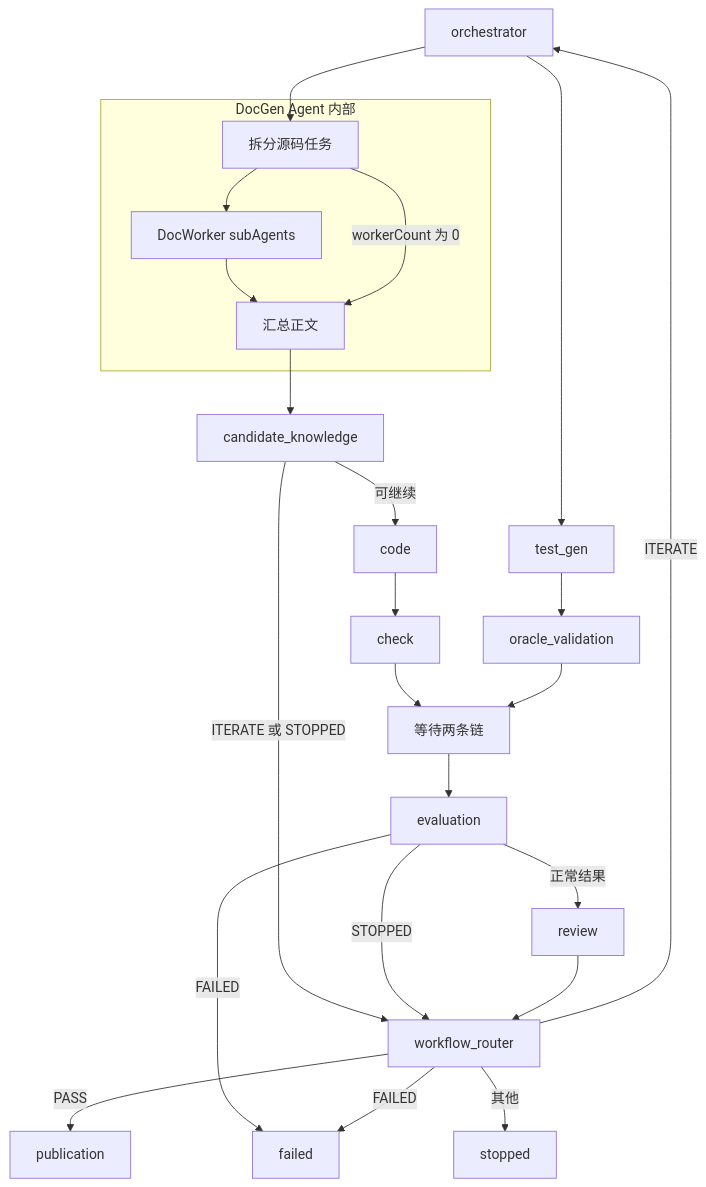
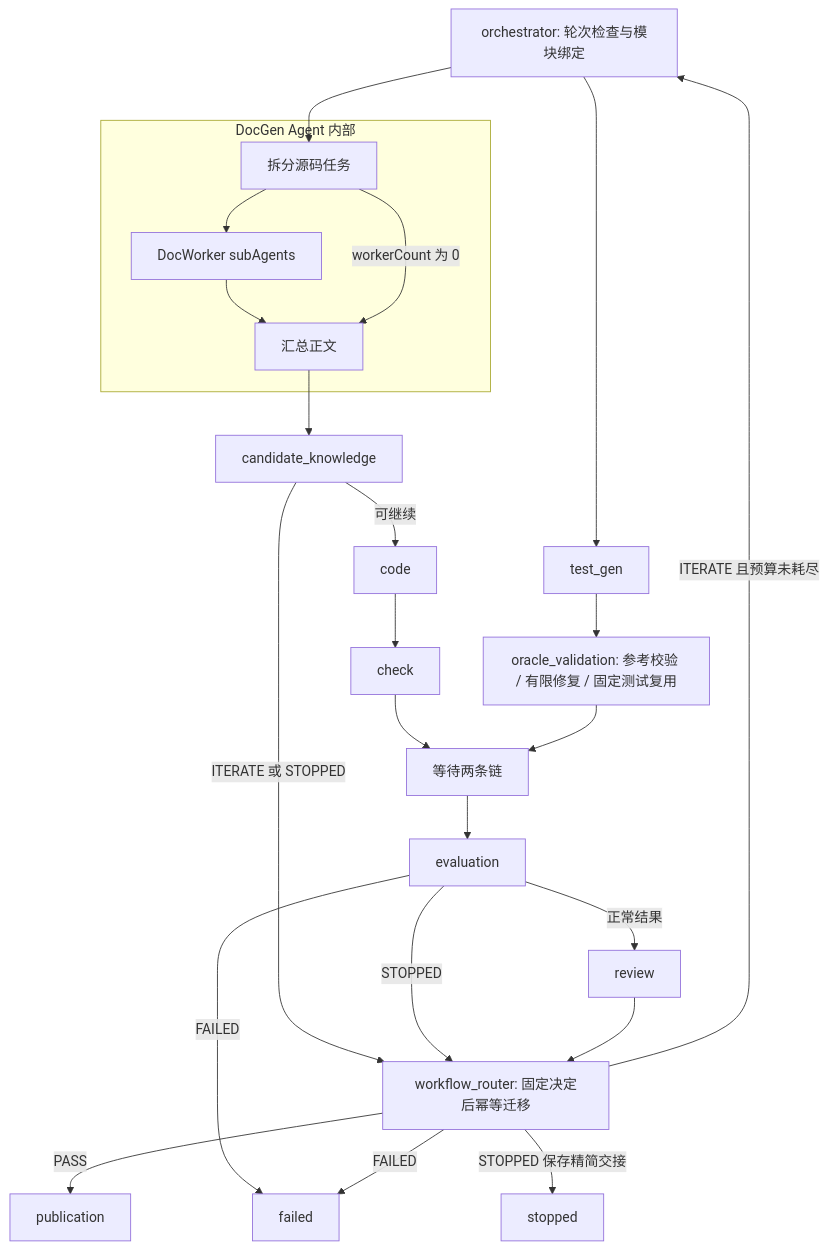
The third of 7 diagrams in docs/diagrams/Views4Plus1.md (linlisWorkTeam/domain-knowledge), drawn with Mermaid before and after one commit. The commit also changed other lines of this file and 22 other files, not shown here.

````diff
--- a/docs/diagrams/Views4Plus1.md
+++ b/docs/diagrams/Views4Plus1.md
@@ -43,26 +43,26 @@
 ```mermaid
 flowchart TD
-  O[orchestrator] --> D
+  O[orchestrator: 轮次检查与模块绑定] --> D
   O --> T[test_gen]
   subgraph DG[DocGen Agent 内部]
     D[拆分源码任务] --> W[DocWorker subAgents]
     W --> G[汇总正文]
     D -->|workerCount 为 0| G
   end
   G --> Q[candidate_knowledge]
   Q -->|可继续| C[code]
-  Q -->|ITERATE 或 STOPPED| R[workflow_router]
+  Q -->|ITERATE 或 STOPPED| R[workflow_router: 固定决定后幂等迁移]
   C --> K[check]
-  T --> V[oracle_validation]
+  T --> V[oracle_validation: 参考校验 / 有限修复 / 固定测试复用]
   K --> B[等待两条链]
   V --> B
   B --> E[evaluation]
   E -->|正常结果| RV[review]
   E -->|FAILED| F[failed]
   E -->|STOPPED| R
   RV --> R
-  R -->|ITERATE| O
+  R -->|ITERATE 且预算未耗尽| O
   R -->|PASS| P[publication]
   R -->|FAILED| F
-  R -->|其他| S[stopped]
+  R -->|STOPPED 保存精简交接| S[stopped]
 ```
````
